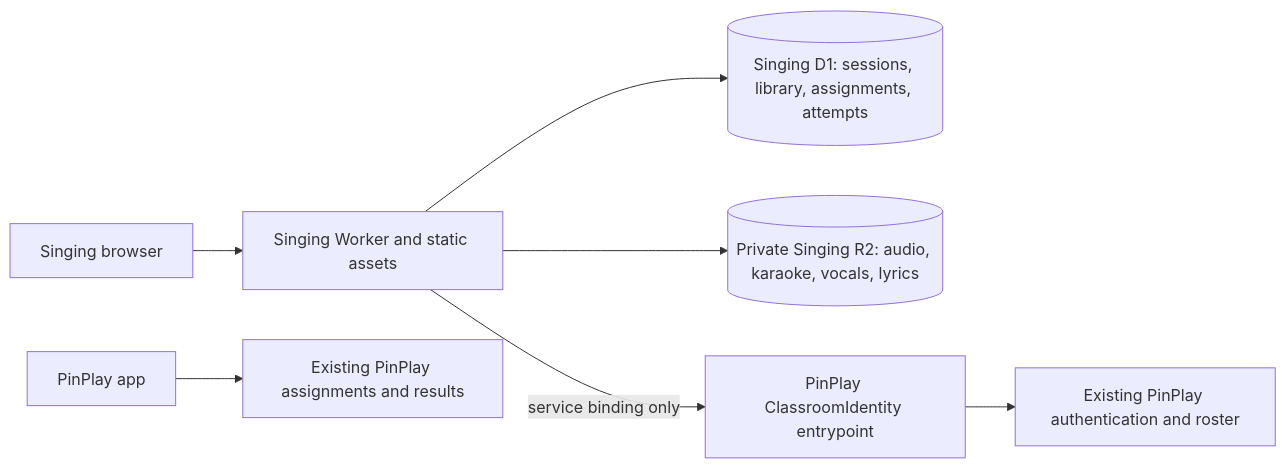
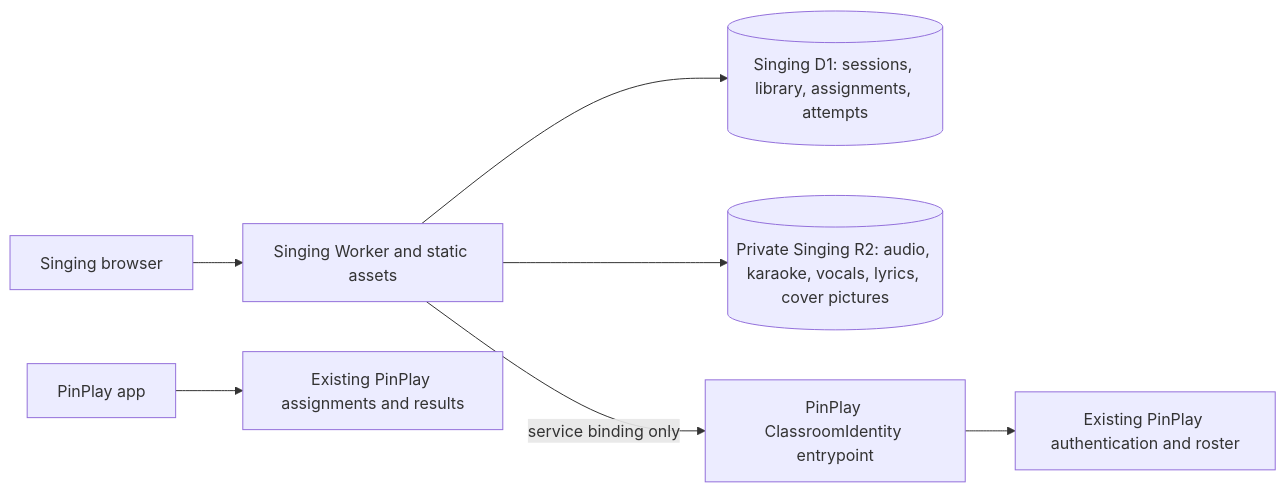
Before and after one commit to audiophrases/singing: the diagram in docs/CLOUD_ARCHITECTURE.md, drawn with Mermaid. The commit also changed 15 other files, not shown here.

````diff
--- a/docs/CLOUD_ARCHITECTURE.md
+++ b/docs/CLOUD_ARCHITECTURE.md
@@ -20,9 +20,9 @@
 ```mermaid
 flowchart LR
   browser[Singing browser] --> singing[Singing Worker and static assets]
   singing --> db[(Singing D1: sessions, library, assignments, attempts)]
-  singing --> r2[(Private Singing R2: audio, karaoke, vocals, lyrics)]
+  singing --> r2[(Private Singing R2: audio, karaoke, vocals, lyrics, cover pictures)]
   singing -->|service binding only| identity[PinPlay ClassroomIdentity entrypoint]
   identity --> accounts[Existing PinPlay authentication and roster]
   pinplay[PinPlay app] --> quizzes[Existing PinPlay assignments and results]
 ```
````
